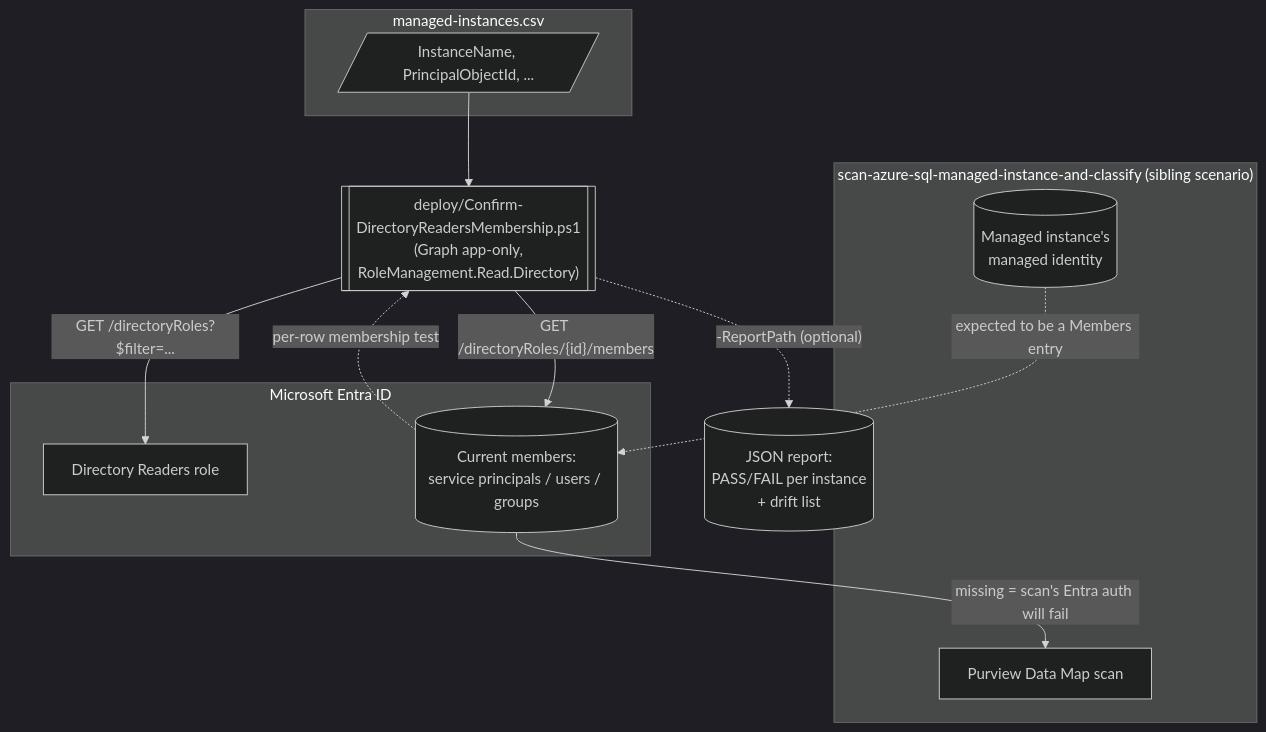
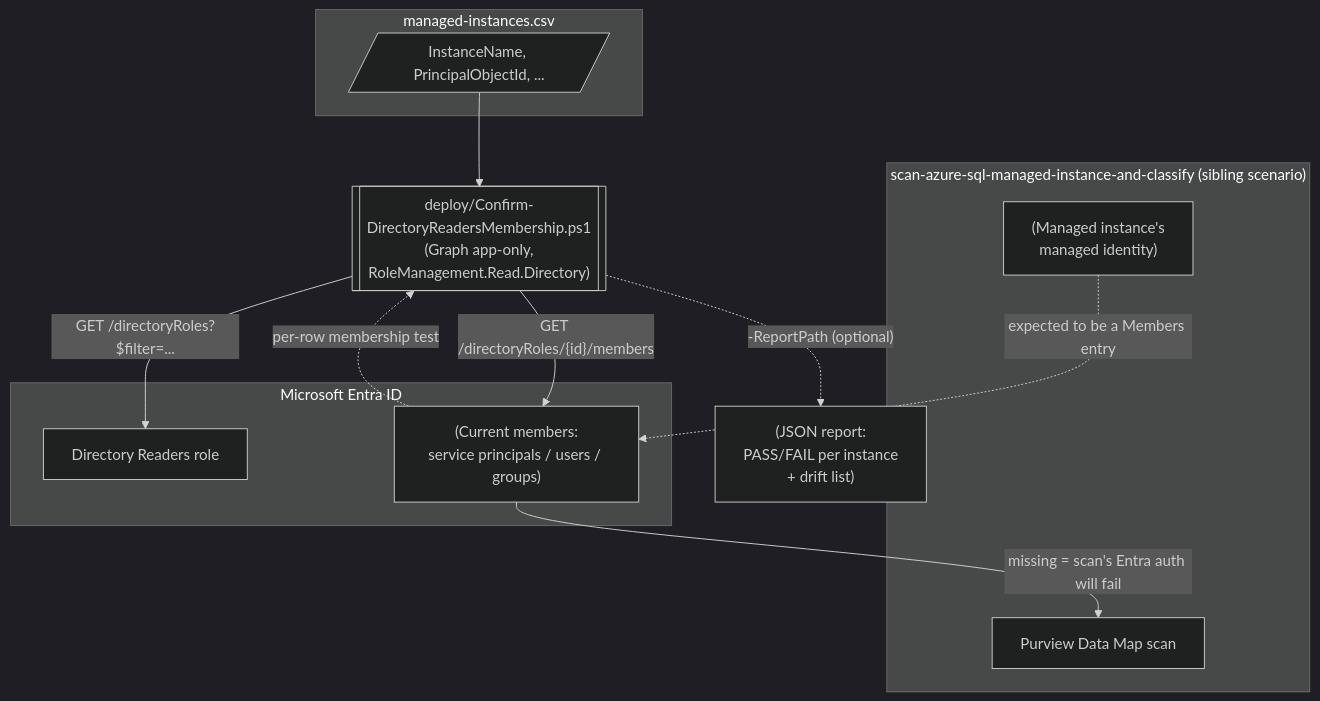
The diagram in src/content/scenarios/data-map/verify-purview-entra-graph-prerequisites.md (kpsec1/kpsec1.github.io), drawn with Mermaid (dark theme) before and after one commit. The commit also changed 80 other files, not shown here.

First line of the commit message:
Fix Mermaid diagram rendering across all scenarios

````diff
--- a/src/content/scenarios/data-map/verify-purview-entra-graph-prerequisites.md
+++ b/src/content/scenarios/data-map/verify-purview-entra-graph-prerequisites.md
@@ -78,28 +78,28 @@
 ```mermaid
 flowchart TD
     subgraph Inventory["managed-instances.csv"]
         Rows[/"InstanceName, PrincipalObjectId, ..."/]
     end
 
     subgraph Entra["Microsoft Entra ID"]
         Role[Directory Readers role]
-        Members[(Current members:<br/>service principals / users / groups)]
+        Members["(Current members:<br/>service principals / users / groups)"]
     end
 
     Script[["deploy/Confirm-DirectoryReadersMembership.ps1<br/>(Graph app-only,<br/>RoleManagement.Read.Directory)"]]
-    Report[(JSON report:<br/>PASS/FAIL per instance<br/>+ drift list)]
+    Report["(JSON report:<br/>PASS/FAIL per instance<br/>+ drift list)"]
 
     Rows --> Script
     Script -- "GET /directoryRoles?$filter=..." --> Role
     Script -- "GET /directoryRoles/{id}/members" --> Members
     Members -.->|"per-row membership test"| Script
     Script -.->|"-ReportPath (optional)"| Report
 
     subgraph Sibling["scan-azure-sql-managed-instance-and-classify (sibling scenario)"]
-        MI[(Managed instance's<br/>managed identity)]
+        MI["(Managed instance's<br/>managed identity)"]
         Scan[Purview Data Map scan]
     end
 
     MI -.->|"expected to be a Members entry"| Members
     Members -->|"missing = scan's Entra auth will fail"| Scan
 ```
````
